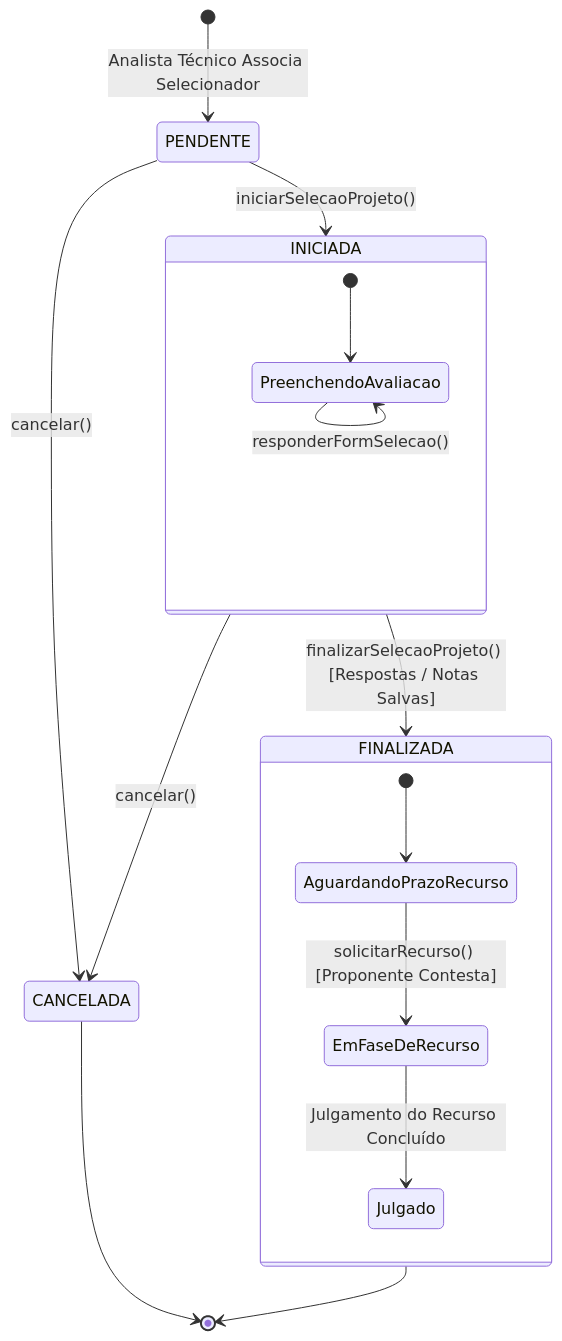
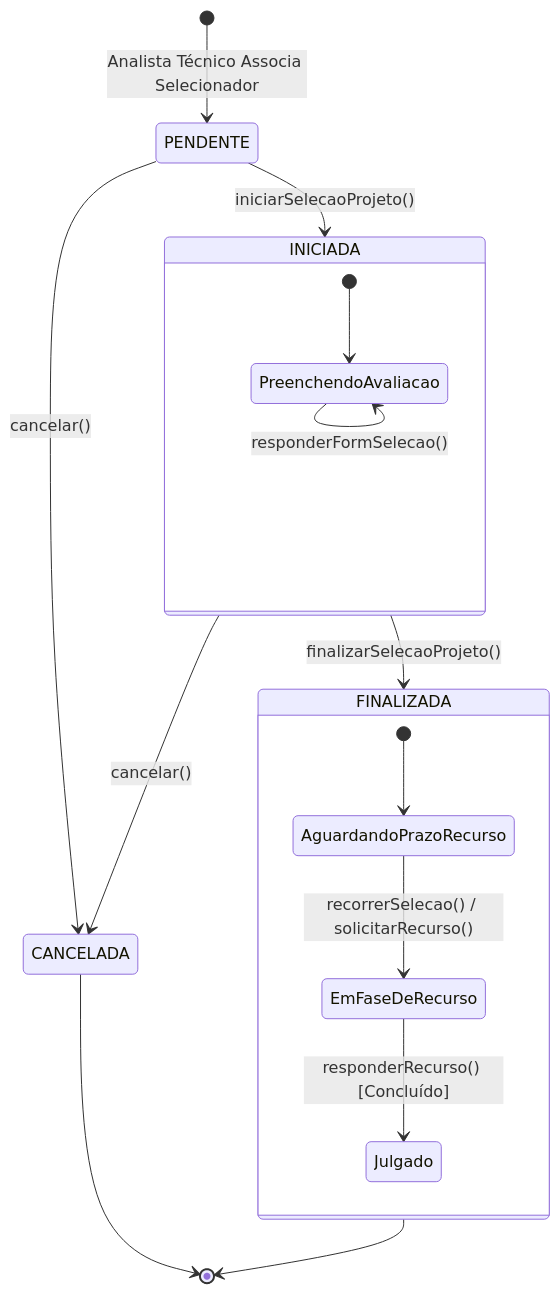
One commit to Czzped/conecta-fapes-teste changed the third of 4 diagrams in docs/implementation/modules/M011-configuracao-captacao/modelo-estrutural/modelo-estrutural-p3-selecao-projetos.md. Above: the diagram before and after it, drawn with Mermaid. The commit also changed other lines of this file and 1 other file, not shown here.

````diff
--- a/docs/implementation/modules/M011-configuracao-captacao/modelo-estrutural/modelo-estrutural-p3-selecao-projetos.md
+++ b/docs/implementation/modules/M011-configuracao-captacao/modelo-estrutural/modelo-estrutural-p3-selecao-projetos.md
@@ -158,27 +284,27 @@
 ```mermaid
 
 stateDiagram-v2
     [*] --> PENDENTE : Analista Técnico Associa Selecionador
     
     PENDENTE --> INICIADA : iniciarSelecaoProjeto()
     PENDENTE --> CANCELADA : cancelar()
     
     state INICIADA {
         [*] --> PreenchendoAvaliacao
         PreenchendoAvaliacao --> PreenchendoAvaliacao : responderFormSelecao()
     }
     
-    INICIADA --> FINALIZADA : finalizarSelecaoProjeto() [Respostas / Notas Salvas]
+    INICIADA --> FINALIZADA : finalizarSelecaoProjeto()
     INICIADA --> CANCELADA : cancelar()
     
     state FINALIZADA {
         [*] --> AguardandoPrazoRecurso
-        AguardandoPrazoRecurso --> EmFaseDeRecurso : solicitarRecurso() [Proponente Contesta]
-        EmFaseDeRecurso --> Julgado : Julgamento do Recurso Concluído
+        AguardandoPrazoRecurso --> EmFaseDeRecurso : recorrerSelecao() / solicitarRecurso()
+        EmFaseDeRecurso --> Julgado : responderRecurso() [Concluído]
     }
     
     FINALIZADA --> [*]
     CANCELADA --> [*]
 
 
 ```
````
